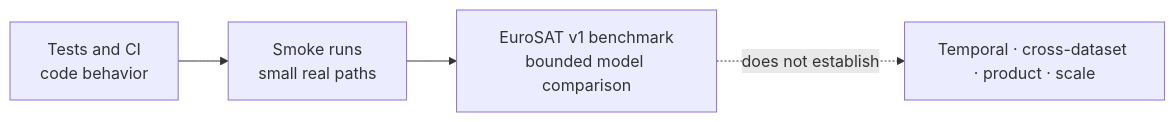
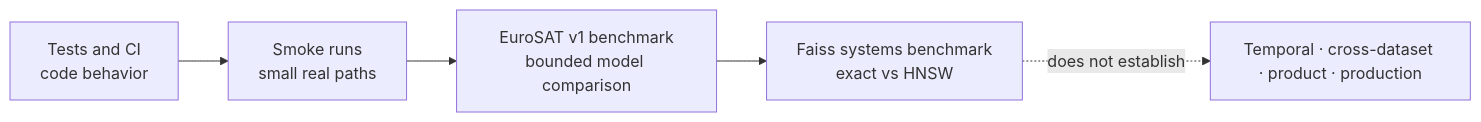
One commit to NikosMav/eo-visual-retrieval changed the diagram in docs/validation.md. Above: the diagram before and after it, drawn with Mermaid. The commit also changed other lines of this file and 20 other files, not shown here.

Commit message:
feat: benchmark exact search against faiss hnsw

````diff
--- a/docs/validation.md
+++ b/docs/validation.md
@@ -12,6 +12,7 @@
 ```mermaid
 flowchart LR
     Tests[Tests and CI<br/>code behavior] --> Smoke[Smoke runs<br/>small real paths]
     Smoke --> Benchmark[EuroSAT v1 benchmark<br/>bounded model comparison]
-    Benchmark -. does not establish .-> Missing[Temporal · cross-dataset · product · scale]
+    Benchmark --> Systems[Faiss systems benchmark<br/>exact vs HNSW]
+    Systems -. does not establish .-> Missing[Temporal · cross-dataset · product · production]
 ```
````
